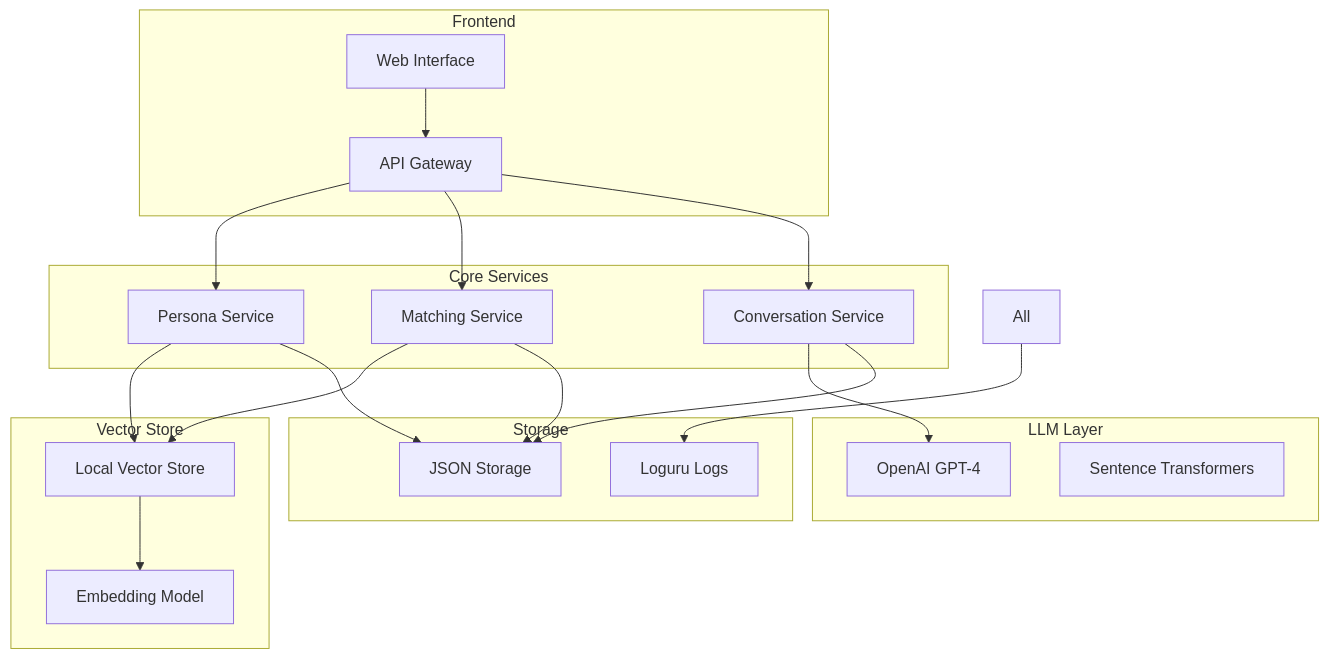
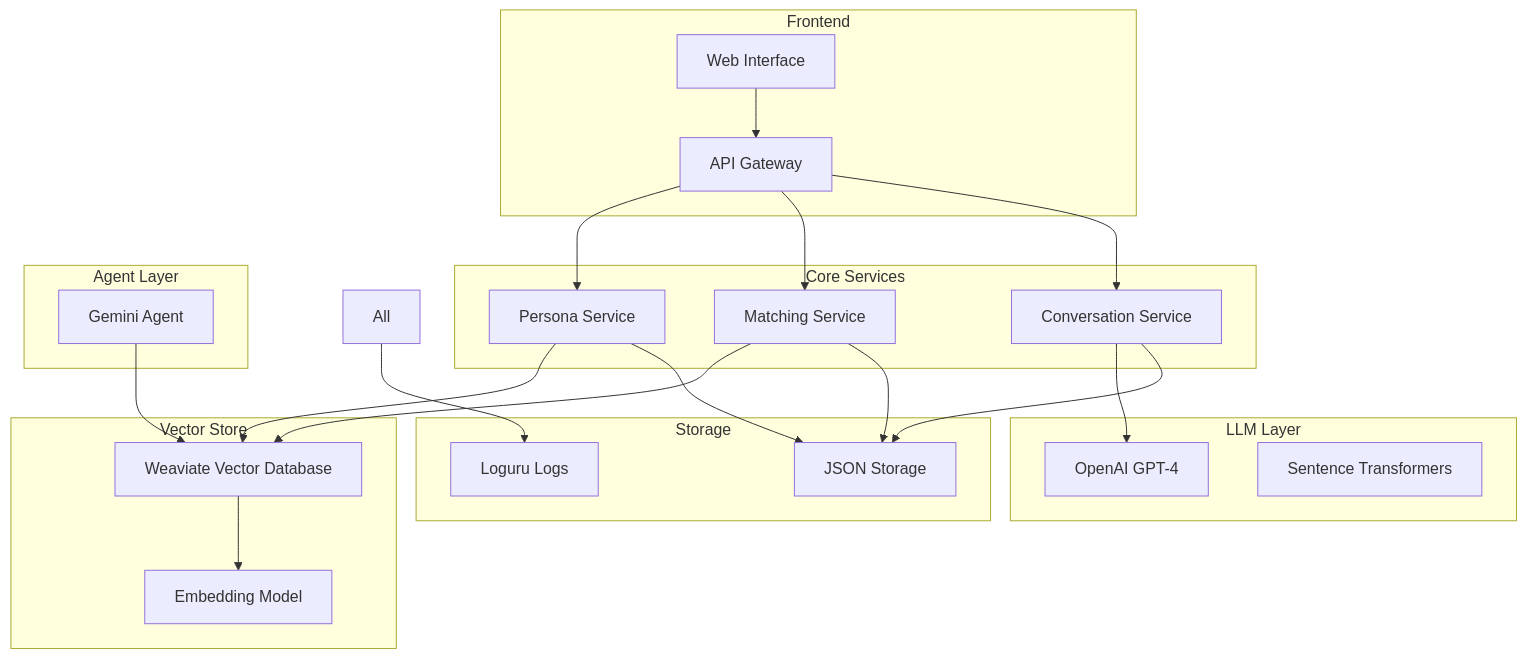
The diagram in README.md (The-Swarm-Corporation/Mryaid), drawn with Mermaid before and after one commit. The commit also changed other lines of this file, not shown here.

````diff
--- a/README.md
+++ b/README.md
@@ -24,37 +24,42 @@
 ```mermaid
 graph TB
     subgraph Frontend
         UI[Web Interface]
         API[API Gateway]
     end
 
     subgraph Core Services
         PS[Persona Service]
         MS[Matching Service]
         CS[Conversation Service]
     end
 
     subgraph Vector Store
-        VS[Local Vector Store]
+        WD[Weaviate Vector Database]
         EM[Embedding Model]
     end
 
     subgraph LLM Layer
         LLM[OpenAI GPT-4]
         ST[Sentence Transformers]
+    end
+
+    subgraph Agent Layer
+        G[Gemini Agent]
     end
 
     subgraph Storage
         JSON[JSON Storage]
         Logs[Loguru Logs]
     end
 
     UI --> API
     API --> PS & MS & CS
-    PS --> VS
-    MS --> VS
-    VS --> EM
+    PS --> WD
+    MS --> WD
+    WD --> EM
     CS --> LLM
     PS & MS & CS --> JSON
+    G --> WD
     All --> Logs
 ```
````
